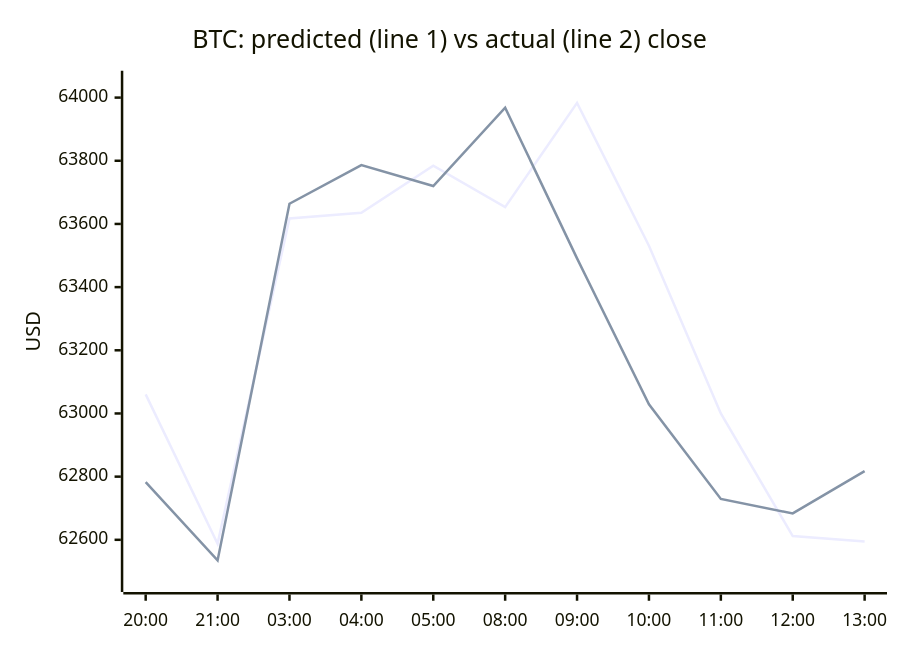
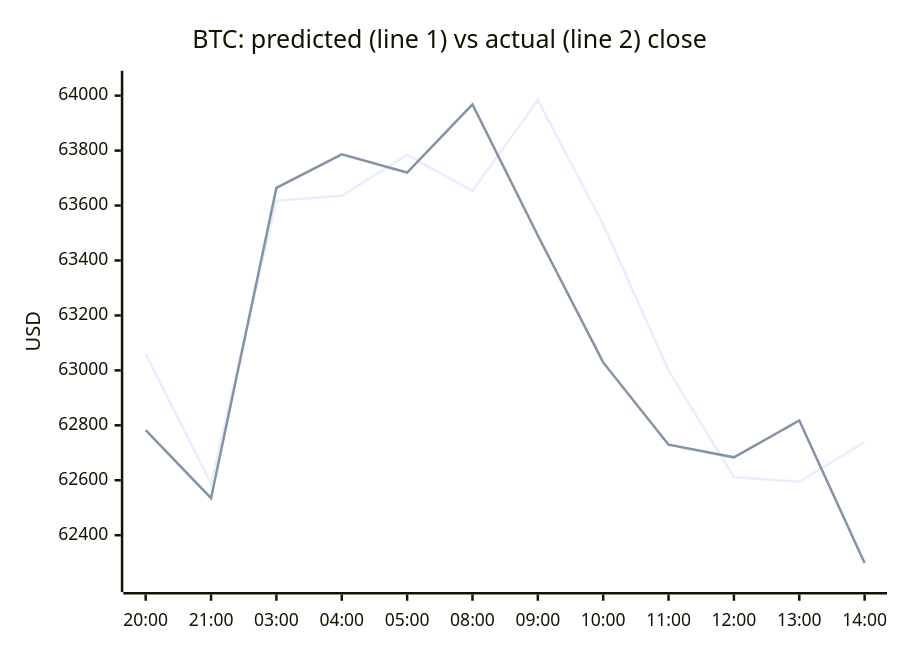
The first of 4 diagrams in README.md (samuelkreitl-wq/crypto-hourly-forecaster), drawn with Mermaid before and after one commit. The commit also changed other lines of this file and 14 other files, not shown here.

````diff
--- a/README.md
+++ b/README.md
@@ -38,8 +38,8 @@
 ```mermaid
 xychart-beta
     title "BTC: predicted (line 1) vs actual (line 2) close"
-    x-axis ["20:00", "21:00", "03:00", "04:00", "05:00", "08:00", "09:00", "10:00", "11:00", "12:00", "13:00"]
-    y-axis "USD" 62472.3651 --> 64047.4023
-    line [63060.3716, 62587.6439, 63617.4254, 63635.2318, 63784.5035, 63653.0941, 63983.4189, 63531.0235, 63000.0108, 62611.7840, 62594.5179]
-    line [62782.7000, 62534.9000, 63664.0000, 63786.4000, 63720.2000, 63968.3000, 63491.0000, 63028.9000, 62729.5000, 62683.5000, 62817.6000]
+    x-axis ["20:00", "21:00", "03:00", "04:00", "05:00", "08:00", "09:00", "10:00", "11:00", "12:00", "13:00", "14:00"]
+    y-axis "USD" 62236.5012 --> 64047.4023
+    line [63060.3716, 62587.6439, 63617.4254, 63635.2318, 63784.5035, 63653.0941, 63983.4189, 63531.0235, 63000.0108, 62611.7840, 62594.5179, 62738.9417]
+    line [62782.7000, 62534.9000, 63664.0000, 63786.4000, 63720.2000, 63968.3000, 63491.0000, 63028.9000, 62729.5000, 62683.5000, 62817.6000, 62298.8000]
 ```
````
